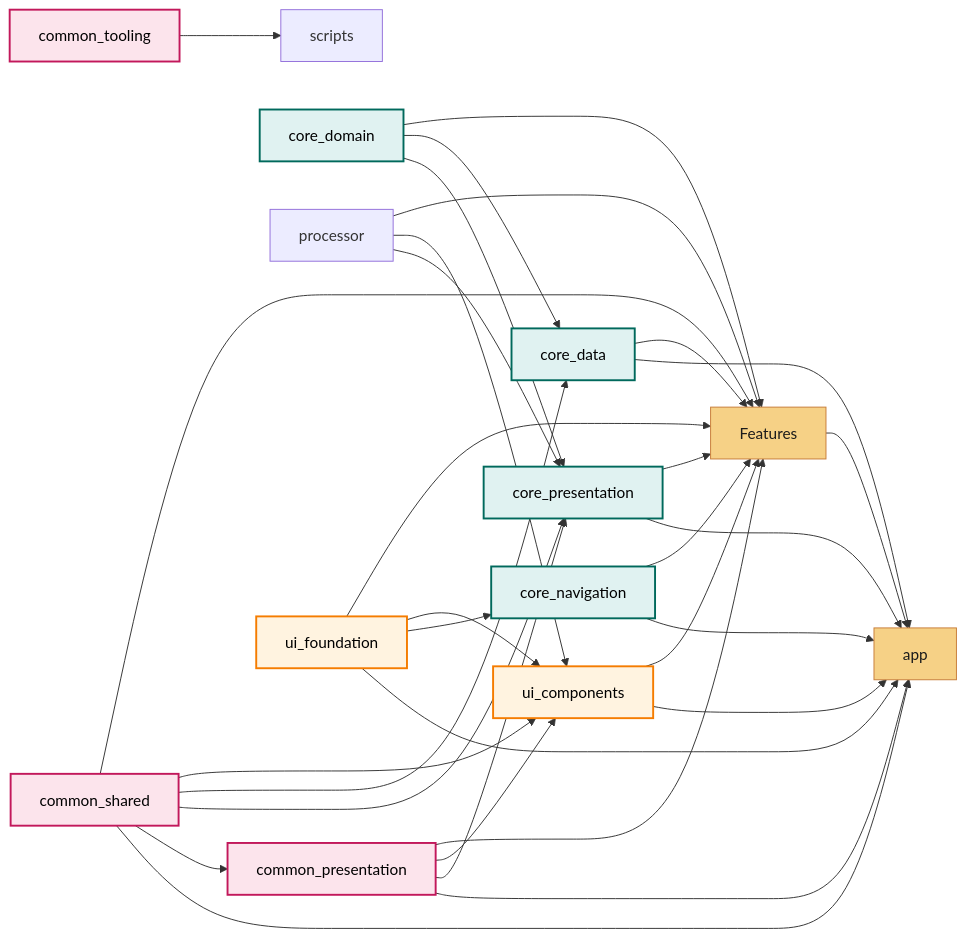
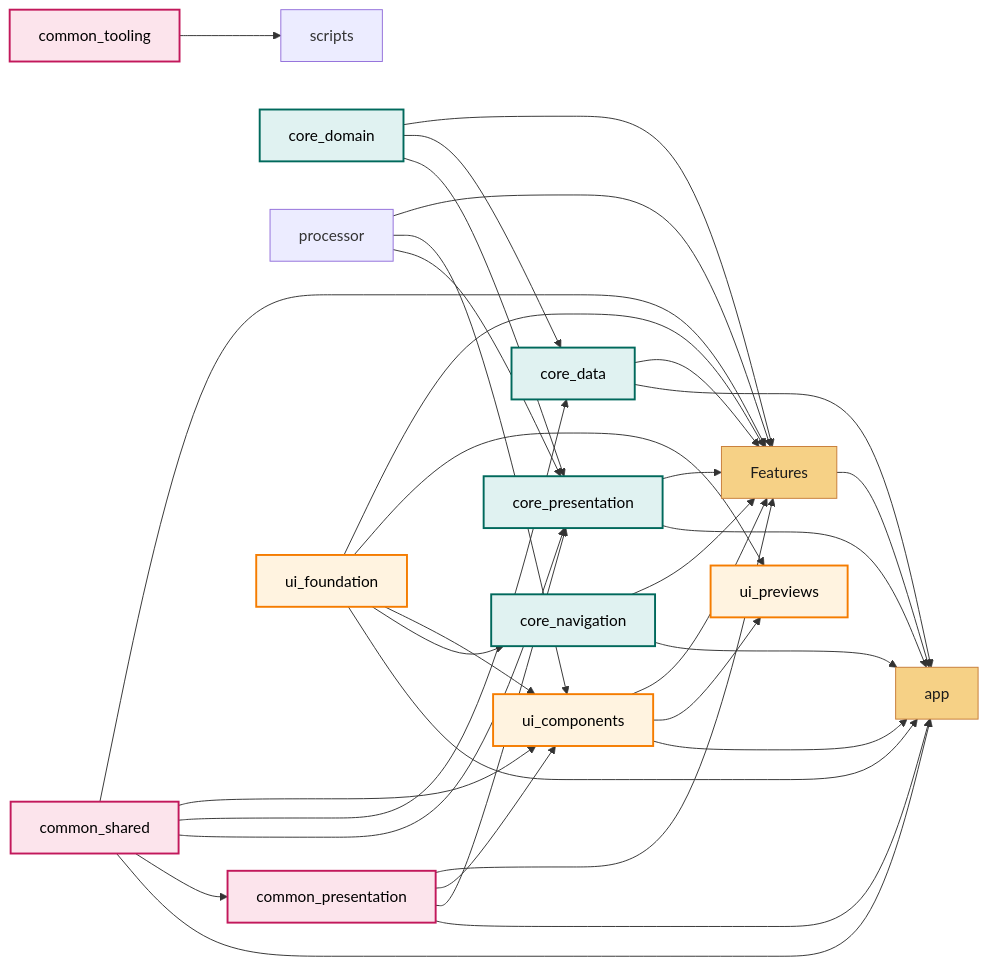
One commit to hhumbetovv/fullstack-template changed the diagram in flutter/build_info/foundation.md. Above: the diagram before and after it, drawn with Mermaid. The commit also changed 21 other files, not shown here.

````diff
--- a/flutter/build_info/foundation.md
+++ b/flutter/build_info/foundation.md
@@ -3,62 +3,66 @@
 ```mermaid
 graph LR
     app["app"]
     common_presentation["common_presentation"]
     common_presentation:::common
     common_shared["common_shared"]
     common_shared:::common
     common_tooling["common_tooling"]
     common_tooling:::common
     core_data["core_data"]
     core_data:::core
     core_domain["core_domain"]
     core_domain:::core
     core_navigation["core_navigation"]
     core_navigation:::core
     core_presentation["core_presentation"]
     core_presentation:::core
     processor["processor"]
     scripts["scripts"]
     ui_components["ui_components"]
     ui_components:::ui
     ui_foundation["ui_foundation"]
     ui_foundation:::ui
+    ui_previews["ui_previews"]
+    ui_previews:::ui
     class app feature
     common_tooling --> scripts
+    common_presentation --> app
     common_shared --> app
-    common_presentation --> app
     core_data --> app
+    core_navigation --> app
     core_presentation --> app
-    core_navigation --> app
+    ui_components --> app
     ui_foundation --> app
-    ui_components --> app
     common_shared --> common_presentation
+    common_presentation --> core_presentation
+    common_shared --> core_presentation
+    core_domain --> core_presentation
     processor --> core_presentation
-    common_shared --> core_presentation
-    common_presentation --> core_presentation
-    core_domain --> core_presentation
     ui_foundation --> core_navigation
     common_shared --> core_data
     core_domain --> core_data
-    processor --> ui_components
     common_presentation --> ui_components
     common_shared --> ui_components
+    processor --> ui_components
     ui_foundation --> ui_components
+    ui_components --> ui_previews
+    ui_foundation --> ui_previews
     features["Features"]
     class features feature
     common_presentation --> features
     common_shared --> features
     core_data --> features
     core_domain --> features
     core_navigation --> features
     core_presentation --> features
     processor --> features
     ui_components --> features
     ui_foundation --> features
     features --> app
 
     classDef ui fill:#fff3e0,stroke:#f57c00,stroke-width:2px,color:#000000;
     classDef common fill:#fce4ec,stroke:#c2185b,stroke-width:2px,color:#000000;
     classDef core fill:#e0f2f1,stroke:#00695c,stroke-width:2px,color:#000000;
     classDef feature fill:#f6d186,stroke:#c77d39,color:#1b1b1b;
 ```
````
